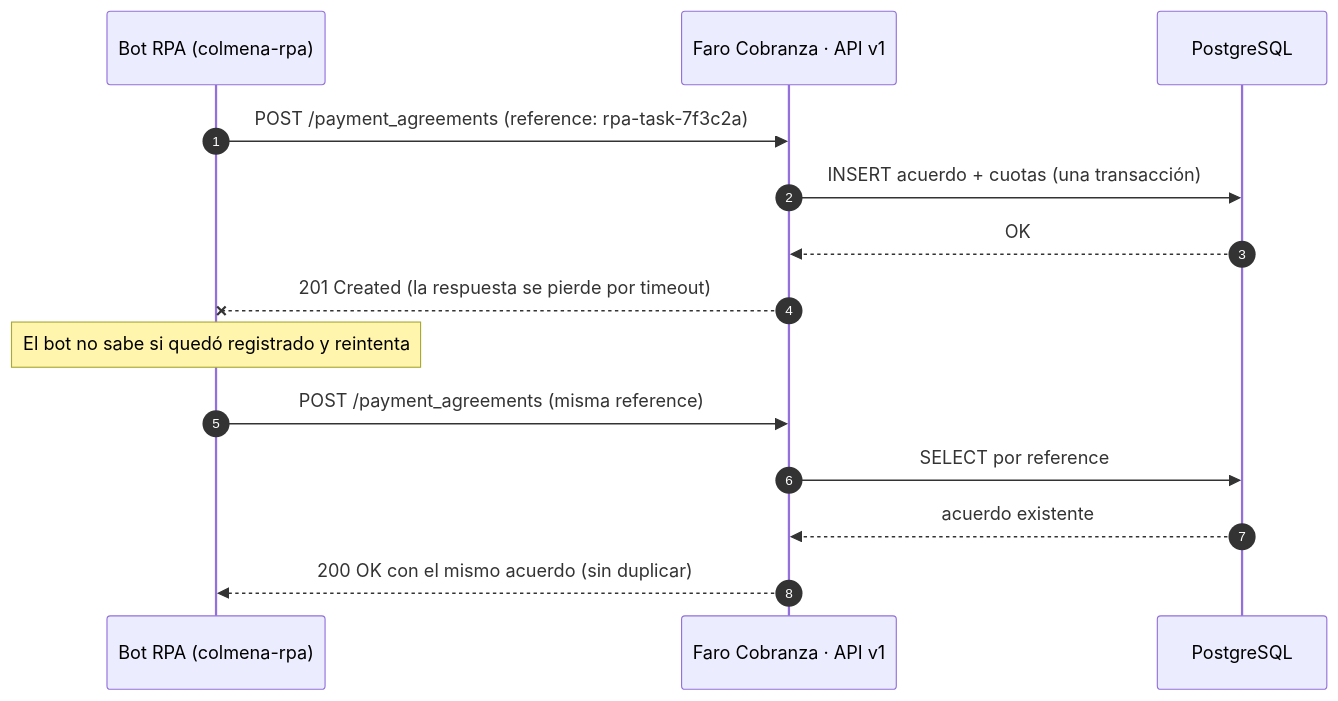
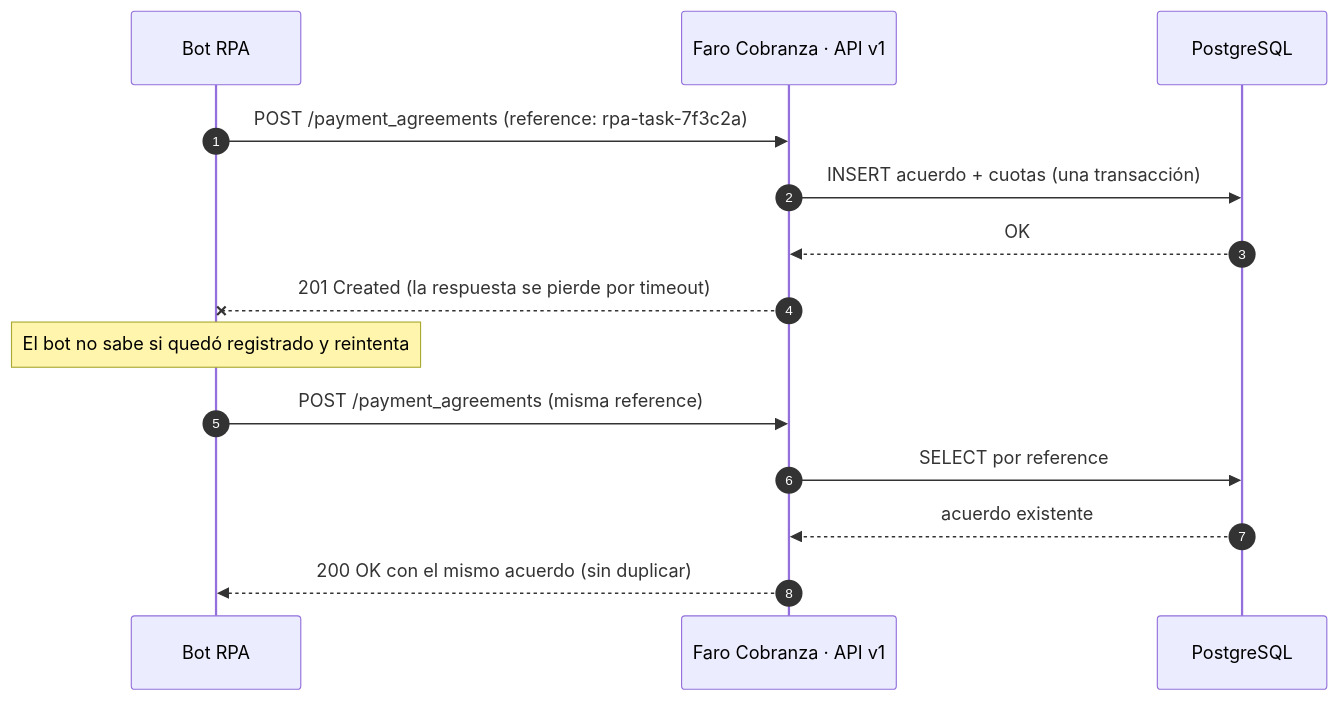
Before and after one commit to DarwinMontiel/faro-cobranza: the diagram in docs/api.md, drawn with Mermaid. The commit also changed other lines of this file and 5 other files, not shown here.

Commit message:
docs: no atribuir a colmena-rpa integraciones que no tiene y pulir textos en español

````diff
--- a/docs/api.md
+++ b/docs/api.md
@@ -103,16 +103,16 @@
 ```mermaid
 sequenceDiagram
     autonumber
-    participant Bot as Bot RPA (colmena-rpa)
+    participant Bot as Bot RPA
     participant API as Faro Cobranza · API v1
     participant DB as PostgreSQL
     Bot->>API: POST /payment_agreements (reference: rpa-task-7f3c2a)
     API->>DB: INSERT acuerdo + cuotas (una transacción)
     DB-->>API: OK
     API--xBot: 201 Created (la respuesta se pierde por timeout)
     Note over Bot: El bot no sabe si quedó registrado y reintenta
     Bot->>API: POST /payment_agreements (misma reference)
     API->>DB: SELECT por reference
     DB-->>API: acuerdo existente
     API-->>Bot: 200 OK con el mismo acuerdo (sin duplicar)
 ```
````
